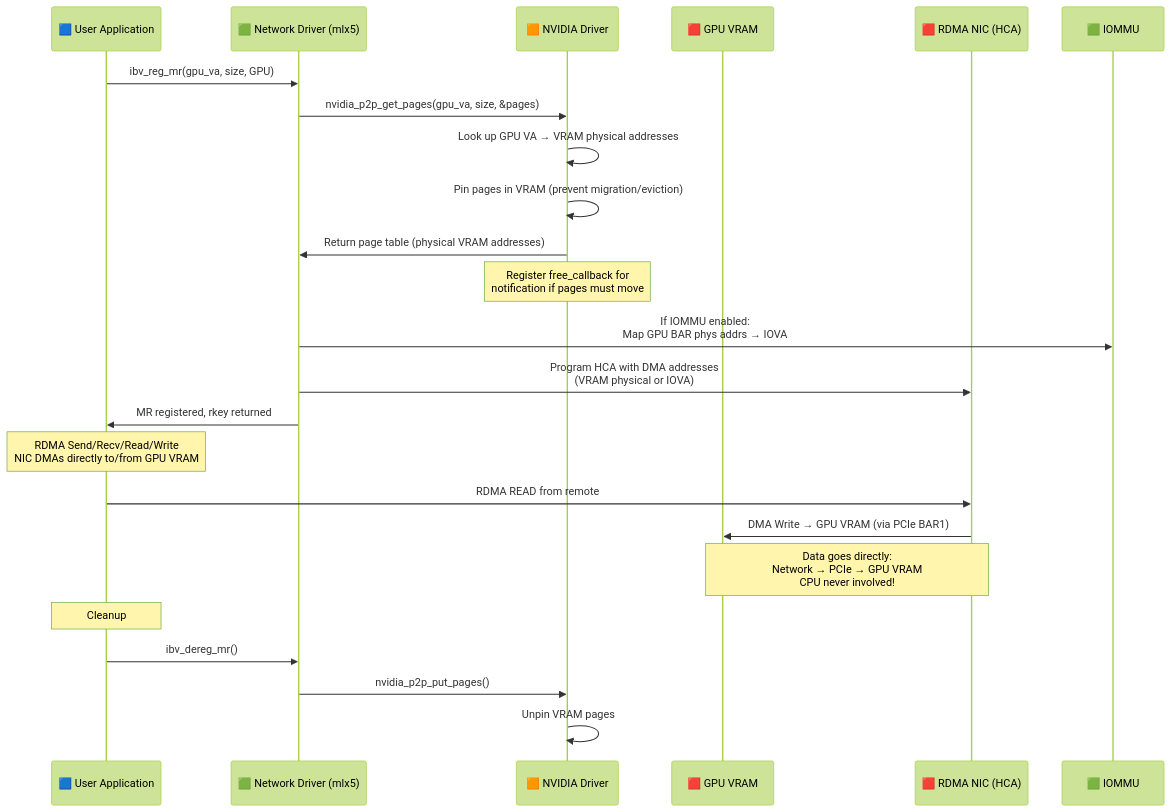
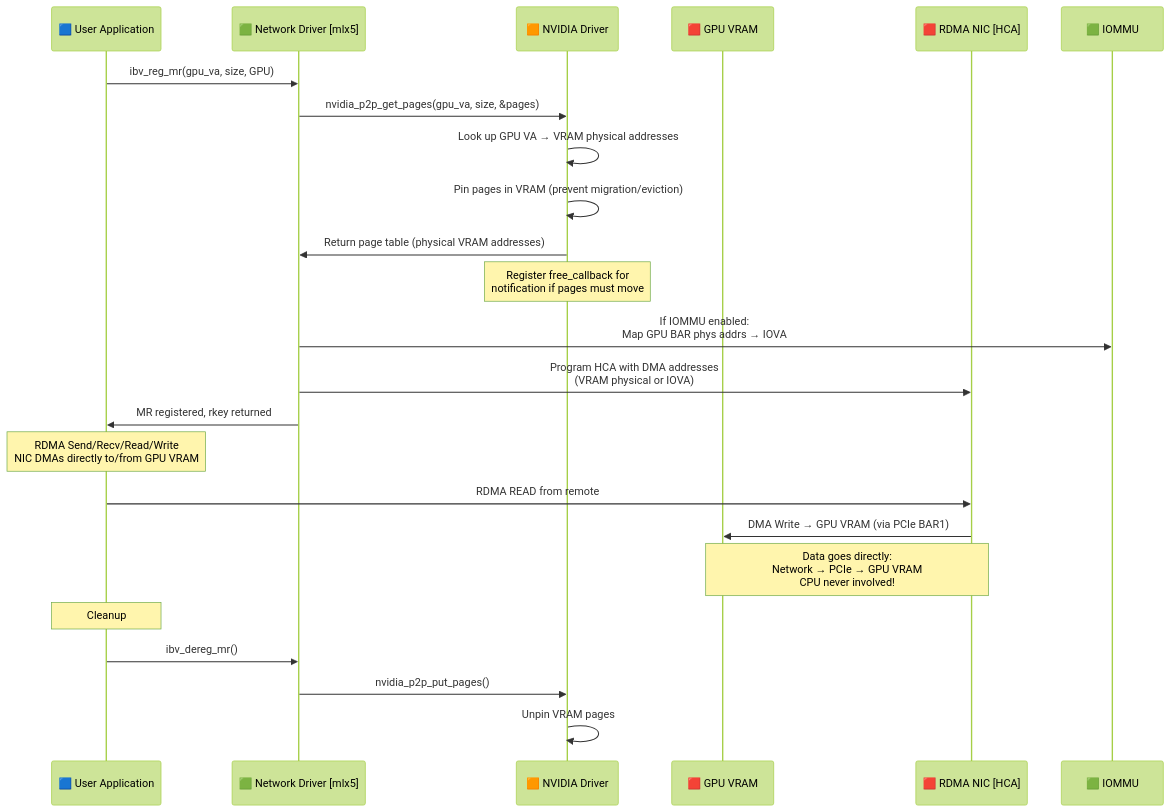
Before and after one commit to nilprajapati97/Linux: diagram 11 of 21 in MemoryManagement/16_NVIDIA_System_Design_Memory_Management.md, drawn with Mermaid (forest theme). The commit also changed other lines of this file and 68 other files, not shown here.

````diff
--- a/MemoryManagement/16_NVIDIA_System_Design_Memory_Management.md
+++ b/MemoryManagement/16_NVIDIA_System_Design_Memory_Management.md
@@ -431,33 +431,33 @@
 ```mermaid
 sequenceDiagram
     participant APP as 🟦 User Application
-    participant NIC_DRV as 🟩 Network Driver (mlx5)
+    participant NIC_DRV as 🟩 Network Driver [mlx5]
     participant NV_DRV as 🟧 NVIDIA Driver
     participant GPU as 🟥 GPU VRAM
-    participant NIC as 🟥 RDMA NIC (HCA)
+    participant NIC as 🟥 RDMA NIC [HCA]
     participant IOMMU as 🟩 IOMMU
 
     APP->>NIC_DRV: ibv_reg_mr(gpu_va, size, GPU)
     NIC_DRV->>NV_DRV: nvidia_p2p_get_pages(gpu_va, size, &pages)
 
     NV_DRV->>NV_DRV: Look up GPU VA → VRAM physical addresses
     NV_DRV->>NV_DRV: Pin pages in VRAM (prevent migration/eviction)
     NV_DRV->>NIC_DRV: Return page table (physical VRAM addresses)
 
     Note over NV_DRV: Register free_callback for<br/>notification if pages must move
 
     NIC_DRV->>IOMMU: If IOMMU enabled:<br/>Map GPU BAR phys addrs → IOVA
     NIC_DRV->>NIC: Program HCA with DMA addresses<br/>(VRAM physical or IOVA)
     NIC_DRV->>APP: MR registered, rkey returned
 
     Note over APP: RDMA Send/Recv/Read/Write<br/>NIC DMAs directly to/from GPU VRAM
 
     APP->>NIC: RDMA READ from remote
     NIC->>GPU: DMA Write → GPU VRAM (via PCIe BAR1)
     Note over NIC,GPU: Data goes directly:<br/>Network → PCIe → GPU VRAM<br/>CPU never involved!
 
     Note over APP: Cleanup
     APP->>NIC_DRV: ibv_dereg_mr()
     NIC_DRV->>NV_DRV: nvidia_p2p_put_pages()
     NV_DRV->>NV_DRV: Unpin VRAM pages
 ```
````
